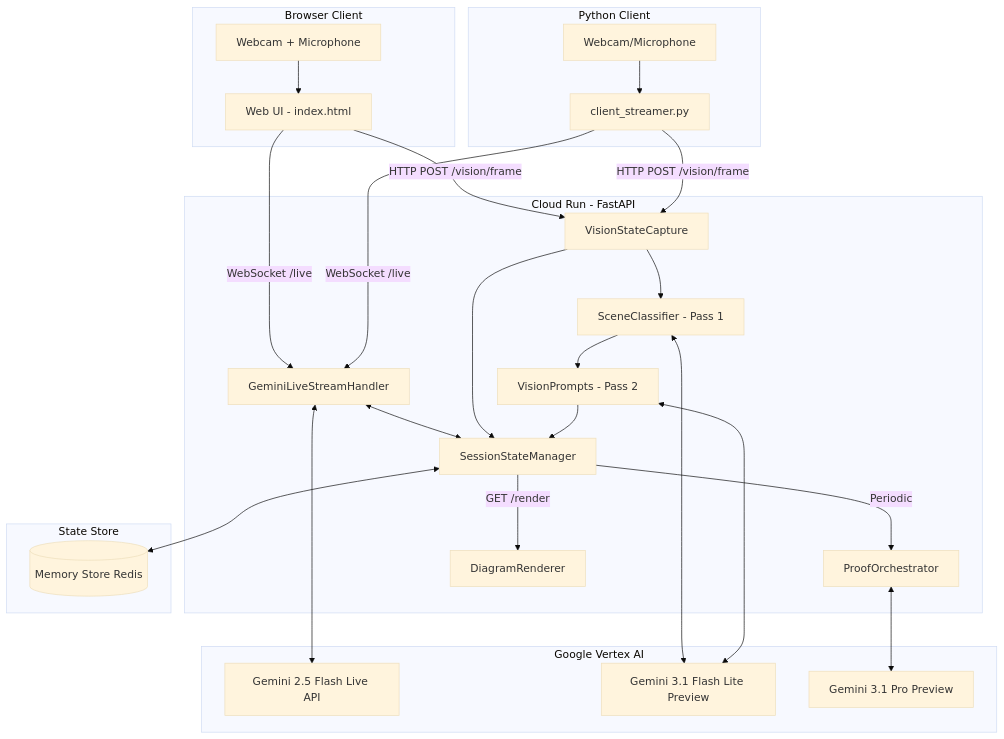
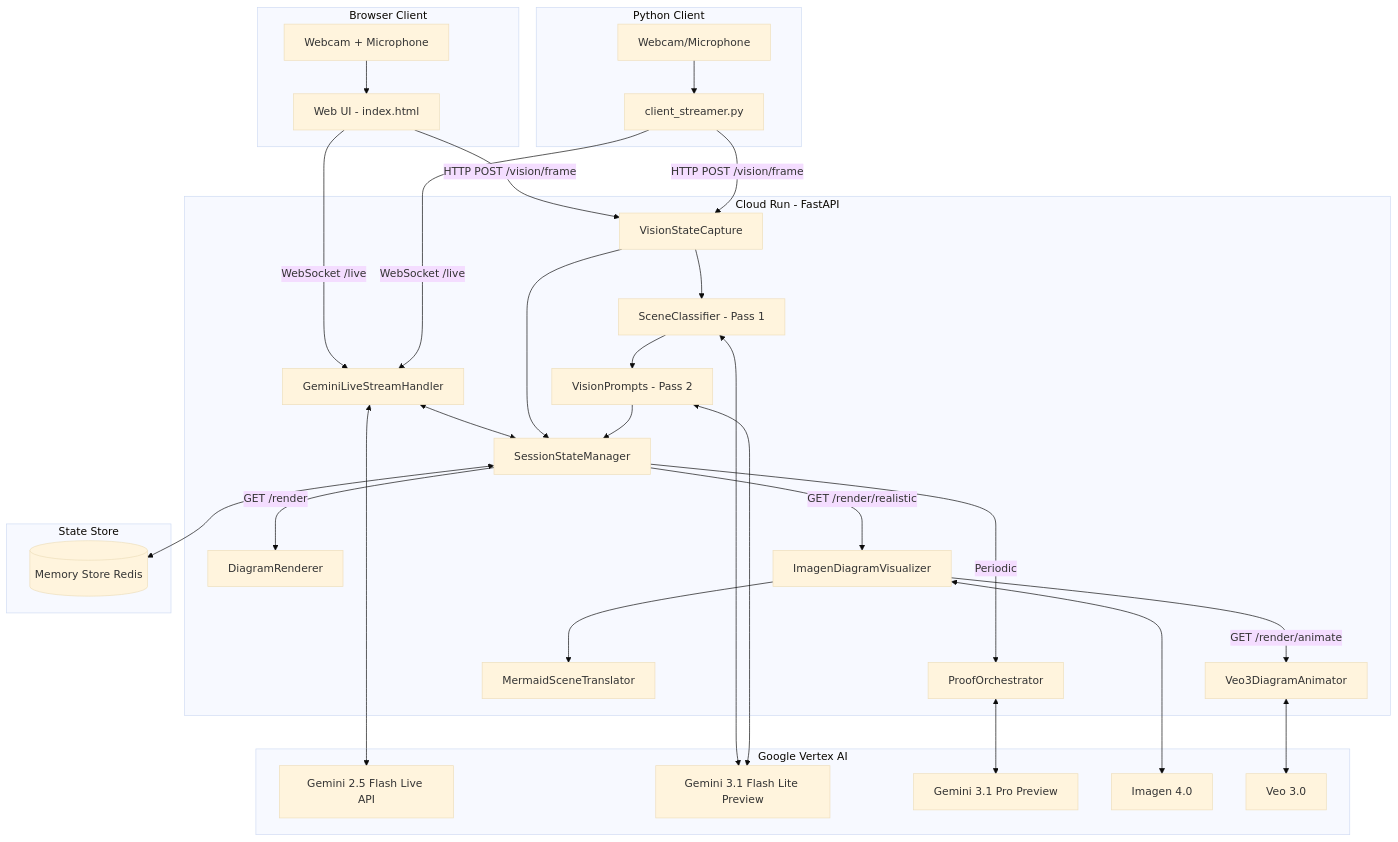
The diagram in docs/architecture/SYSTEM_OVERVIEW.md (ithllc/FUSE), drawn with Mermaid (base theme) before and after one commit. The commit also changed other lines of this file and 10 other files, not shown here.

First line of the commit message:
feat: implement Imagen + Veo3 diagram visualization pipeline

````diff
--- a/docs/architecture/SYSTEM_OVERVIEW.md
+++ b/docs/architecture/SYSTEM_OVERVIEW.md
@@ -6,35 +6,40 @@
 ```mermaid
 graph TD
     subgraph Browser Client
         B1[Webcam + Microphone] --> B2[Web UI - index.html]
     end
 
     subgraph Python Client
         C1[Webcam/Microphone] --> C2[client_streamer.py]
     end
 
     subgraph Cloud Run - FastAPI
         B2 -- WebSocket /live --> H1[GeminiLiveStreamHandler]
         C2 -- WebSocket /live --> H1
         B2 -- HTTP POST /vision/frame --> V1[VisionStateCapture]
         C2 -- HTTP POST /vision/frame --> V1
         V1 --> SC[SceneClassifier - Pass 1]
         SC --> VP[VisionPrompts - Pass 2]
         H1 <--> S1[SessionStateManager]
         V1 --> S1
         VP --> S1
         S1 -- Periodic --> P1[ProofOrchestrator]
         S1 -- GET /render --> R1[DiagramRenderer]
+        S1 -- GET /render/realistic --> IM[ImagenDiagramVisualizer]
+        IM --> MST[MermaidSceneTranslator]
+        IM -- GET /render/animate --> VEO[Veo3DiagramAnimator]
     end
 
     subgraph Google Vertex AI
         H1 <--> G1[Gemini 2.5 Flash Live API]
         SC <--> G2[Gemini 3.1 Flash Lite Preview]
         VP <--> G2
         P1 <--> G3[Gemini 3.1 Pro Preview]
+        IM <--> G4[Imagen 4.0]
+        VEO <--> G5[Veo 3.0]
     end
 
     subgraph State Store
         S1 <--> R2[(Memory Store Redis)]
     end
 ```
````
